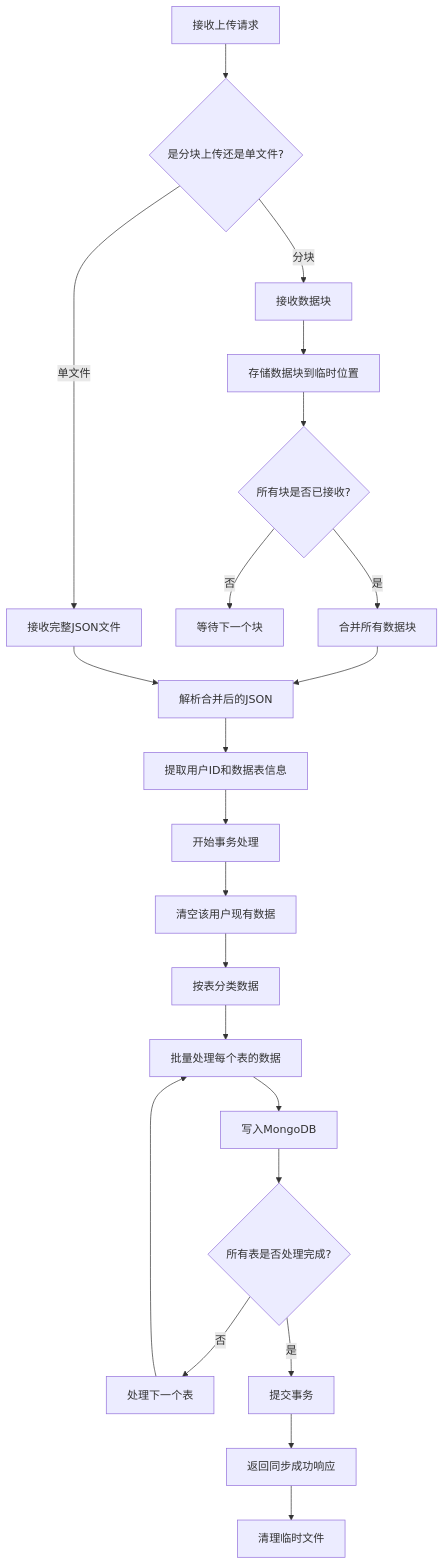
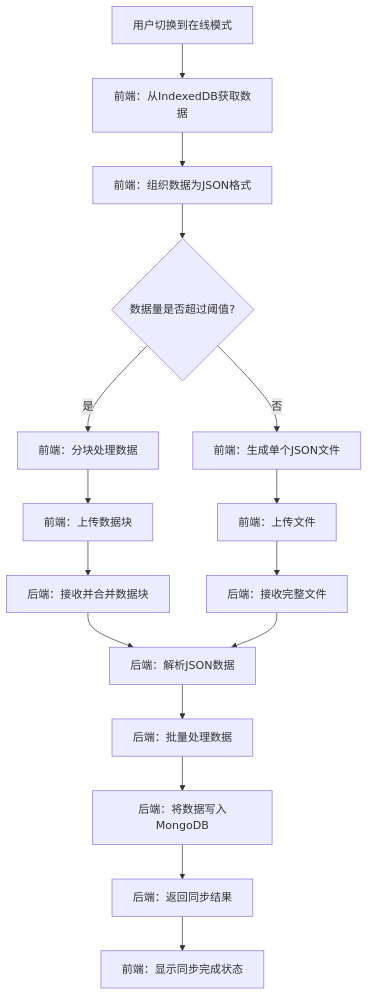
Before and after one commit to yingjianzh/iodraw-files: the diagram in all/未命名-59.md, drawn with Mermaid.

Commit message:
2025-05-14 17:10:47 update

````diff
--- a/all/未命名-59.md
+++ b/all/未命名-59.md
@@ -1,24 +1,18 @@
 ```mermaid
 flowchart TD
-    A[接收上传请求] --> B{是分块上传还是单文件?}
-    B -->|单文件| C[接收完整JSON文件]
-    B -->|分块| D[接收数据块]
-    D --> E[存储数据块到临时位置]
-    E --> F{所有块是否已接收?}
-    F -->|否| G[等待下一个块]
-    F -->|是| H[合并所有数据块]
-    H --> I[解析合并后的JSON]
-    C --> I
-    I --> J[提取用户ID和数据表信息]
-    J --> K[开始事务处理]
-    K --> L[清空该用户现有数据]
-    L --> M[按表分类数据]
-    M --> N[批量处理每个表的数据]
-    N --> O[写入MongoDB]
-    O --> P{所有表是否处理完成?}
-    P -->|否| Q[处理下一个表]
-    Q --> N
-    P -->|是| R[提交事务]
-    R --> S[返回同步成功响应]
-    S --> T[清理临时文件]
+    A[用户切换到在线模式] --> B[前端：从IndexedDB获取数据]
+    B --> C[前端：组织数据为JSON格式]
+    C --> D{数据量是否超过阈值?}
+    D -->|是| E[前端：分块处理数据]
+    D -->|否| F[前端：生成单个JSON文件]
+    E --> G[前端：上传数据块]
+    F --> H[前端：上传文件]
+    G --> I[后端：接收并合并数据块]
+    H --> J[后端：接收完整文件]
+    I --> K[后端：解析JSON数据]
+    J --> K
+    K --> L[后端：批量处理数据]
+    L --> M[后端：将数据写入MongoDB]
+    M --> N[后端：返回同步结果]
+    N --> O[前端：显示同步完成状态]
 ```
````
